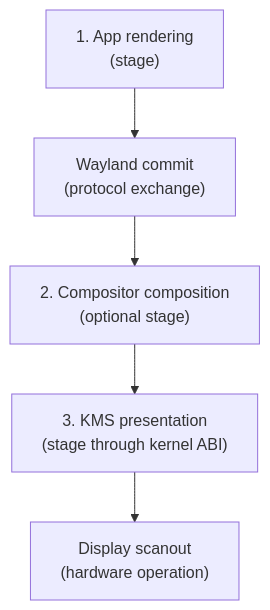
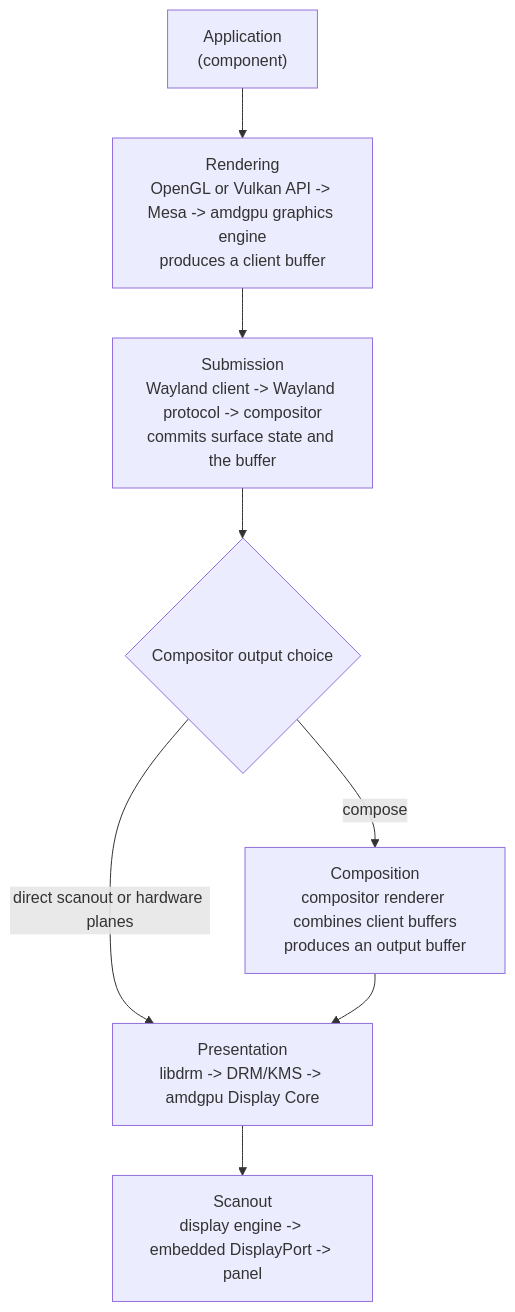
Before and after one commit to maxgio92/notes: the second of 10 diagrams in content/notes/from-telegram-freeze-to-linux-graphics-stack.md, drawn with Mermaid. The commit also changed other lines of this file, not shown here.

First line of the commit message:
docs: move graphics overview before stack details

```diff
--- a/content/notes/from-telegram-freeze-to-linux-graphics-stack.md
+++ b/content/notes/from-telegram-freeze-to-linux-graphics-stack.md
@@ -56,7 +45,10 @@
 {{< mermaid >}}
 flowchart TB
-    A["1. App rendering<br/>(stage)"] --> W["Wayland commit<br/>(protocol exchange)"]
-    W --> C["2. Compositor composition<br/>(optional stage)"]
-    C --> P["3. KMS presentation<br/>(stage through kernel ABI)"]
-    P --> D["Display scanout<br/>(hardware operation)"]
+    A["Application<br/>(component)"] --> R["Rendering<br/>OpenGL or Vulkan API -> Mesa -> amdgpu graphics engine<br/>produces a client buffer"]
+    R --> S["Submission<br/>Wayland client -> Wayland protocol -> compositor<br/>commits surface state and the buffer"]
+    S --> Q{"Compositor output choice"}
+    Q -->|"compose"| C["Composition<br/>compositor renderer combines client buffers<br/>produces an output buffer"]
+    Q -->|"direct scanout or hardware planes"| P["Presentation<br/>libdrm -> DRM/KMS -> amdgpu Display Core"]
+    C --> P
+    P --> D["Scanout<br/>display engine -> embedded DisplayPort -> panel"]
 {{< /mermaid >}}
```
